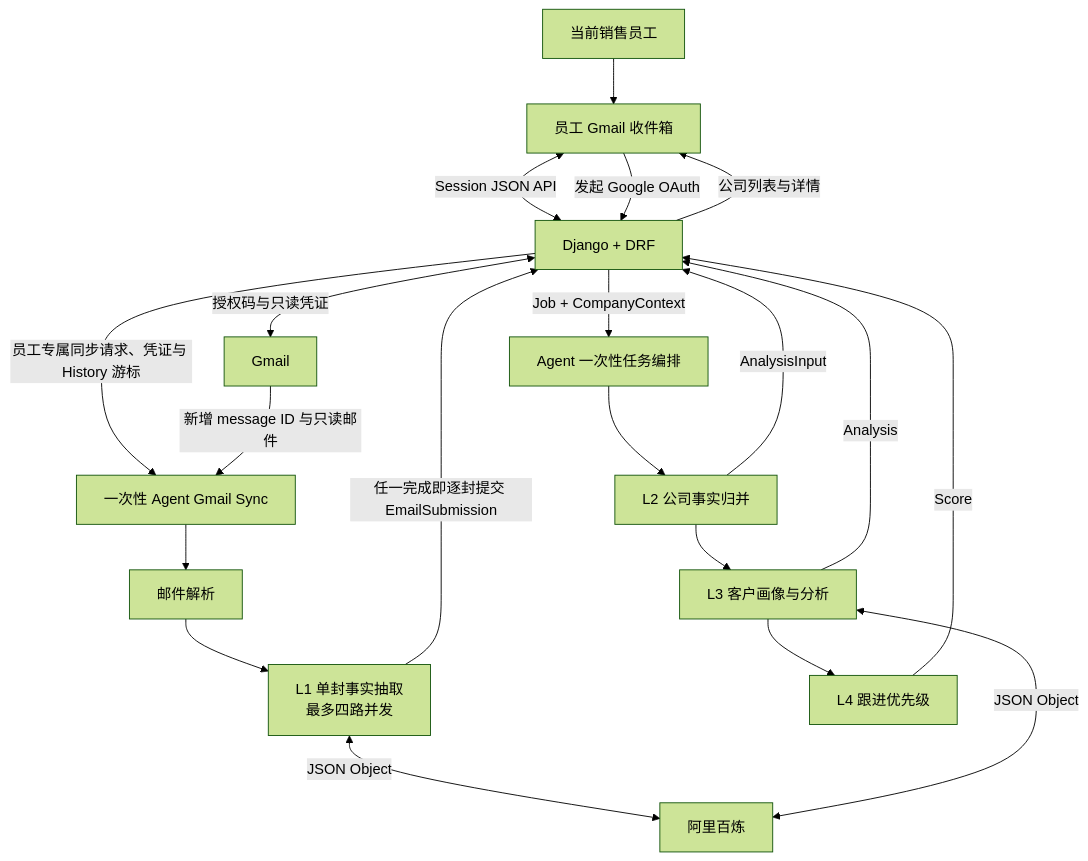
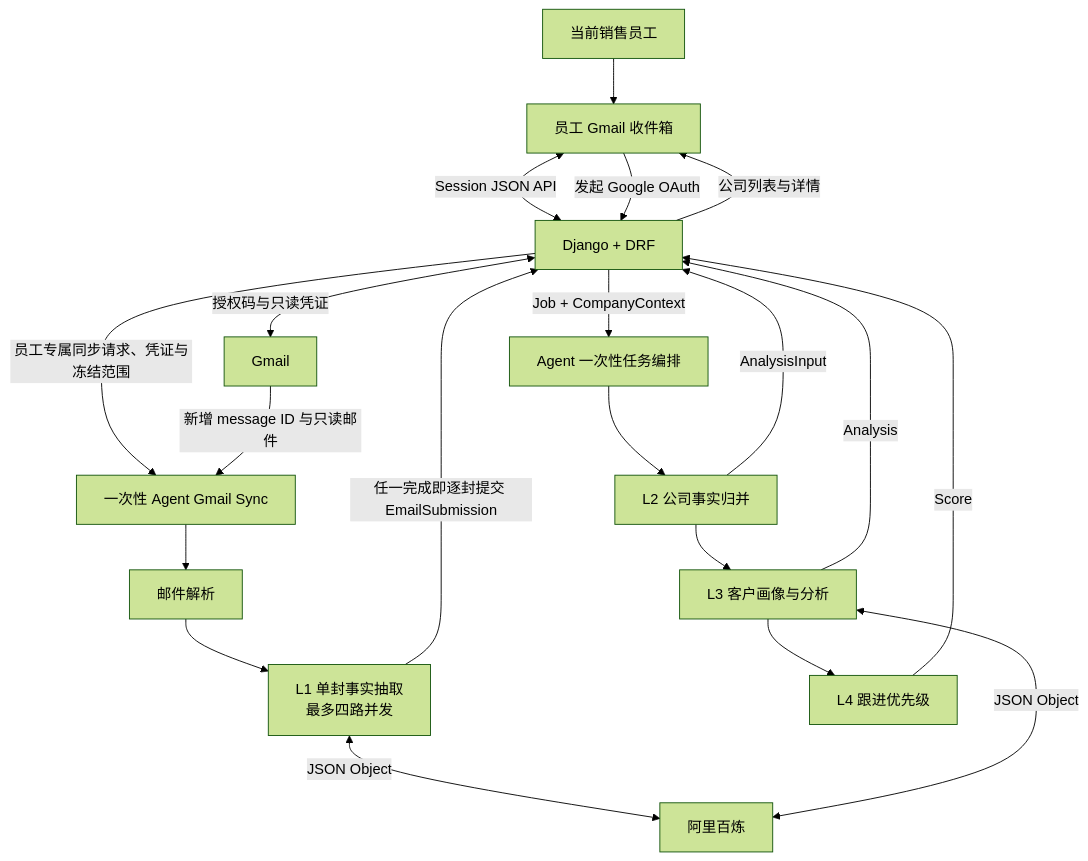
Before and after one commit to heropig114514/SalesMate: the diagram in backend/README.md, drawn with Mermaid (forest theme). The commit also changed other lines of this file and 36 other files, not shown here.

Commit message:
feat: bound Gmail sync and require approval above 50 messages

````diff
--- a/backend/README.md
+++ b/backend/README.md
@@ -43,23 +43,23 @@
 ```mermaid
 flowchart TB
     USER[当前销售员工] --> WEB[员工 Gmail 收件箱]
     WEB <-->|Session JSON API| DJANGO[Django + DRF]
     WEB -->|发起 Google OAuth| DJANGO
     DJANGO <-->|授权码与只读凭证| GMAIL[Gmail]
-    DJANGO -->|员工专属同步请求、凭证与 History 游标| SYNC[一次性 Agent Gmail Sync]
+    DJANGO -->|员工专属同步请求、凭证与冻结范围| SYNC[一次性 Agent Gmail Sync]
     GMAIL -->|新增 message ID 与只读邮件| SYNC
     SYNC --> PARSE[邮件解析]
     PARSE --> L1[L1 单封事实抽取<br/>最多四路并发]
     L1 <-->|JSON Object| BAILIAN[阿里百炼]
     L1 -->|任一完成即逐封提交 EmailSubmission| DJANGO
 
     DJANGO -->|Job + CompanyContext| ORCH[Agent 一次性任务编排]
     ORCH --> L2[L2 公司事实归并]
     L2 --> L3[L3 客户画像与分析]
     L3 <-->|JSON Object| BAILIAN
     L3 --> L4[L4 跟进优先级]
     L2 -->|AnalysisInput| DJANGO
     L3 -->|Analysis| DJANGO
     L4 -->|Score| DJANGO
     DJANGO -->|公司列表与详情| WEB
 ```
````
